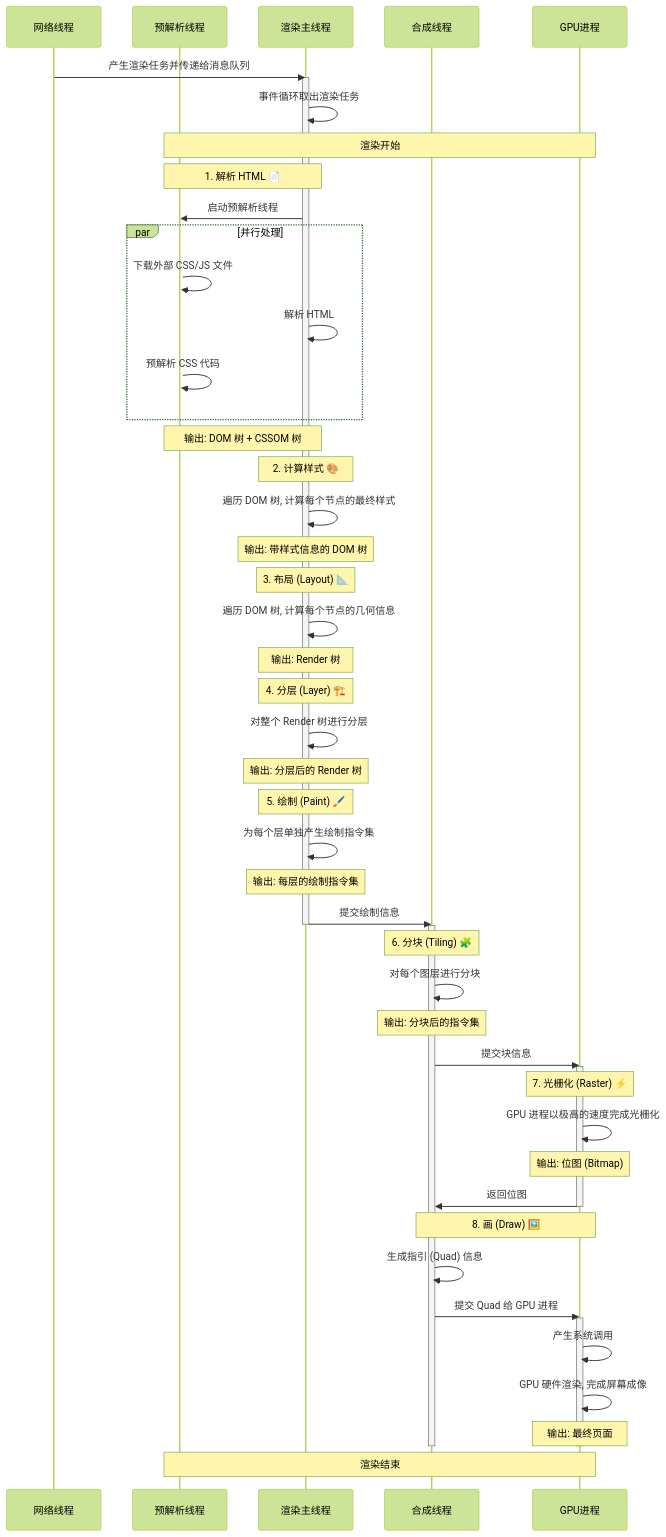
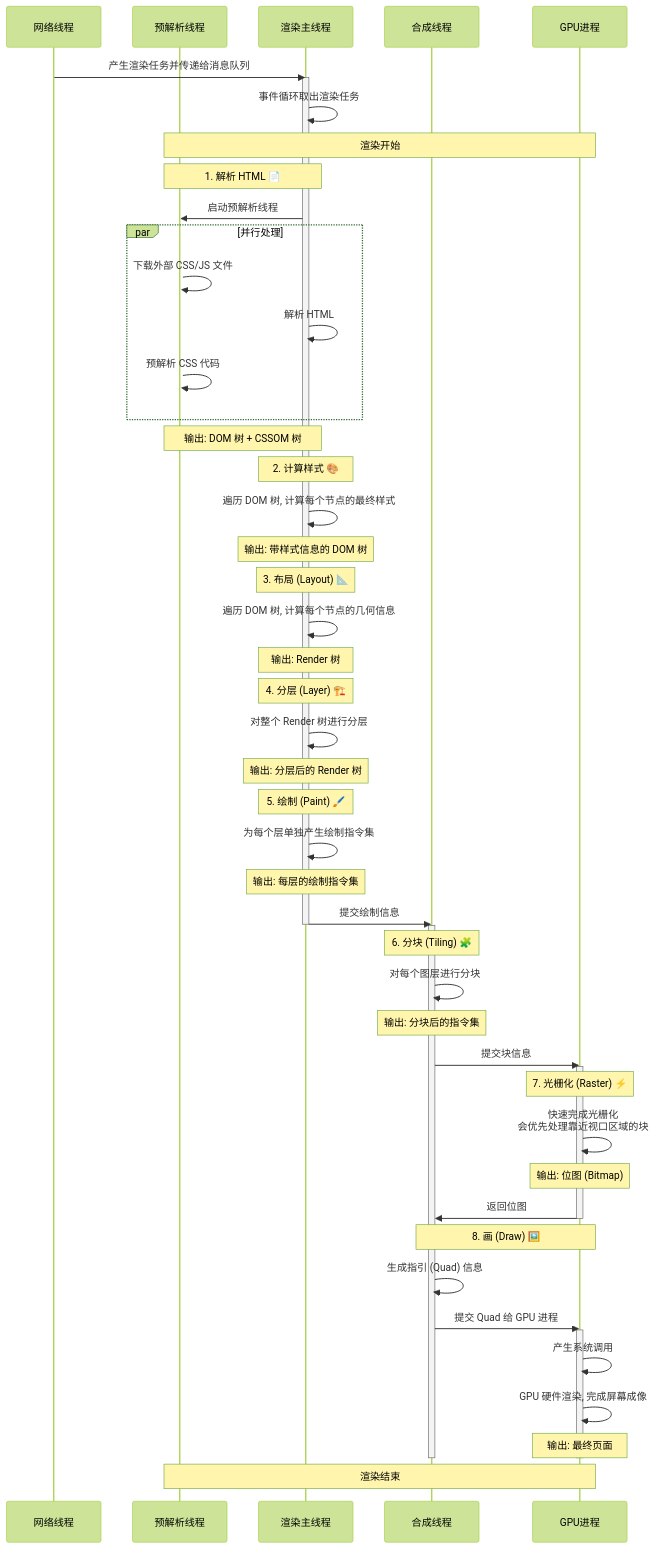
The diagram in FrontEnd/Browser/08. 浏览器渲染原理 - 浏览器部分.md (1689851268/note), drawn with Mermaid (forest theme) before and after one commit. The commit also changed other lines of this file and 5 other files, not shown here.

````diff
--- a/FrontEnd/Browser/08. 浏览器渲染原理 - 浏览器部分.md
+++ b/FrontEnd/Browser/08. 浏览器渲染原理 - 浏览器部分.md
@@ -115,77 +115,77 @@
 ```mermaid
 sequenceDiagram
     participant N as 网络线程
     participant P as 预解析线程
     participant M as 渲染主线程
     participant C as 合成线程
     participant G as GPU进程
 
 
     N->>M: 产生渲染任务并传递给消息队列
     activate M
 
     M->>M: 事件循环取出渲染任务
 
     Note over P,G: 渲染开始
 
     Note over P,M: 1. 解析 HTML 📄
 
     M->>P: 启动预解析线程
     activate P
 
     par 并行处理
         P->>P: 下载外部 CSS/JS 文件
         M->>M: 解析 HTML
         P->>P: 预解析 CSS 代码
     end
 
     Note over P,M: 输出: DOM 树 + CSSOM 树
 
     Note over M: 2. 计算样式 🎨
     M->>M: 遍历 DOM 树, 计算每个节点的最终样式
     Note over M: 输出: 带样式信息的 DOM 树
 
     Note over M: 3. 布局 (Layout) 📐
     M->>M: 遍历 DOM 树, 计算每个节点的几何信息
     Note over M: 输出: Render 树
 
     Note over M: 4. 分层 (Layer) 🏗️
     M->>M: 对整个 Render 树进行分层
     Note over M: 输出: 分层后的 Render 树
 
     Note over M: 5. 绘制 (Paint) 🖌️
     M->>M: 为每个层单独产生绘制指令集
     Note over M: 输出: 每层的绘制指令集
 
     M->>C: 提交绘制信息
     deactivate M
 
     activate C
 
     Note over C: 6. 分块 (Tiling) 🧩
     C->>C: 对每个图层进行分块
     Note over C: 输出: 分块后的指令集
 
     C->>G: 提交块信息
     activate G
 
     Note over G: 7. 光栅化 (Raster) ⚡
-    G->>G: GPU 进程以极高的速度完成光栅化
+    G->>G: 快速完成光栅化 <br/> 会优先处理靠近视口区域的块
     Note over G: 输出: 位图 (Bitmap)
 
     G->>C: 返回位图
     deactivate G
 
     Note over C,G: 8. 画 (Draw) 🖼️
     C->>C: 生成指引 (Quad) 信息
     C->>G: 提交 Quad 给 GPU 进程
     activate G
 
     G->>G: 产生系统调用
     G->>G: GPU 硬件渲染, 完成屏幕成像
     Note over G: 输出: 最终页面
     deactivate G
     deactivate C
 
     Note over P,G: 渲染结束
 ```
````
